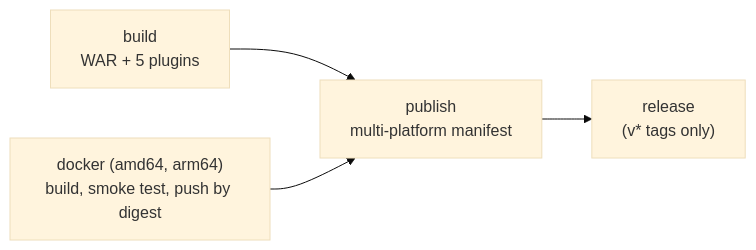
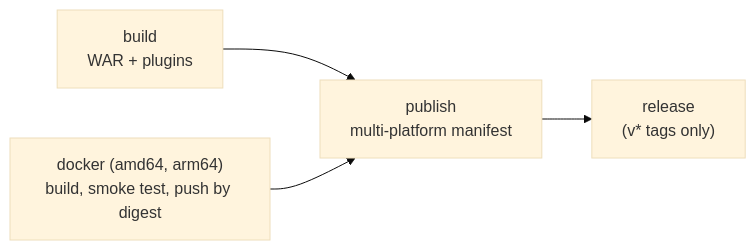
The third of 3 diagrams in manual/developer/packaging.md (Enerccio/Marginalia), drawn with Mermaid (base theme) before and after one commit. The commit also changed 9 other files, not shown here.

````diff
--- a/manual/developer/packaging.md
+++ b/manual/developer/packaging.md
@@ -275,6 +275,6 @@
 ```mermaid
 flowchart LR
-    build["build<br/>WAR + 5 plugins"] --> publish
+    build["build<br/>WAR + plugins"] --> publish
     docker["docker (amd64, arm64)<br/>build, smoke test, push by digest"] --> publish["publish<br/>multi-platform manifest"]
     publish --> release["release<br/>(v* tags only)"]
 ```
````
